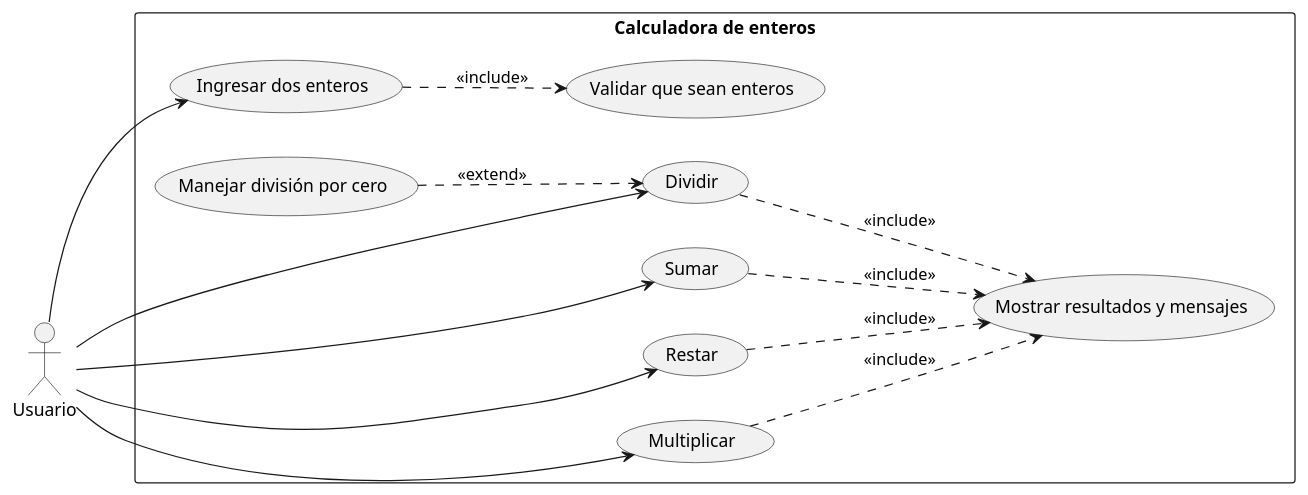
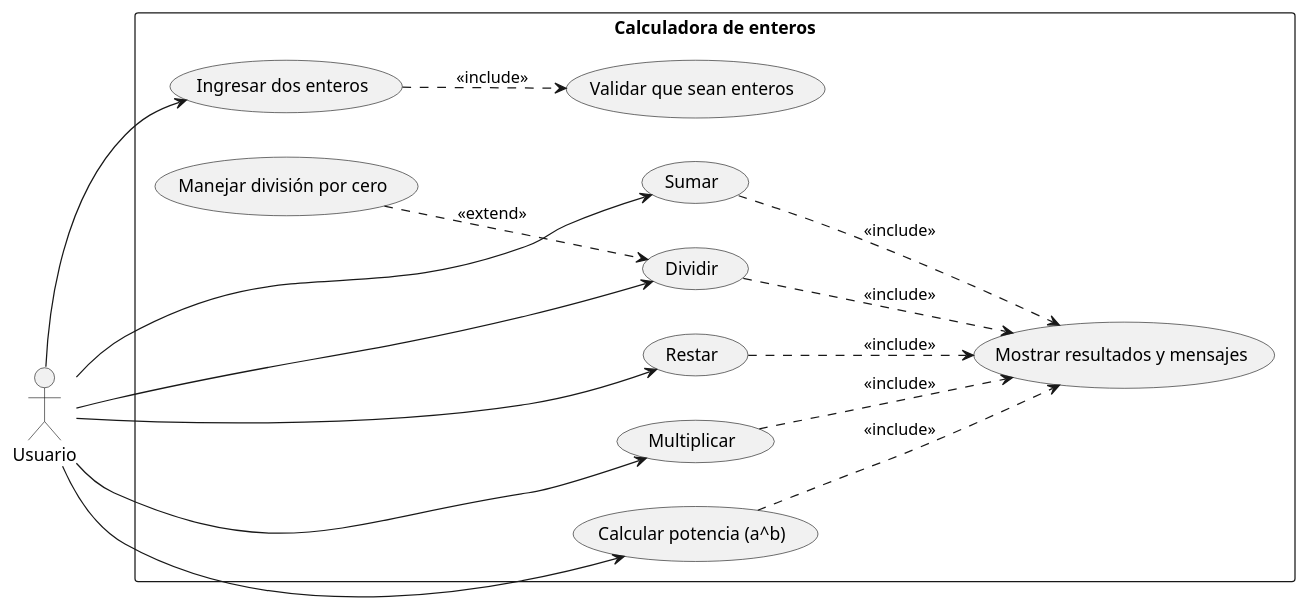
Before and after one commit to pxrd00-67/Estadistica: the diagram in docs/casos_de_uso.puml, drawn with PlantUML. The commit also changed 10 other files, not shown here.

```diff
--- a/docs/casos_de_uso.puml
+++ b/docs/casos_de_uso.puml
@@ -1,25 +1,28 @@
 @startuml
 left to right direction
 actor Usuario as U
 rectangle "Calculadora de enteros" {
   usecase "Ingresar dos enteros" as UC1
   usecase "Validar que sean enteros" as UC8
   usecase "Sumar" as UC2
   usecase "Restar" as UC3
   usecase "Multiplicar" as UC4
   usecase "Dividir" as UC5
+  usecase "Calcular potencia (a^b)" as UC9
   usecase "Manejar división por cero" as UC7
   usecase "Mostrar resultados y mensajes" as UC6
 }
 U --> UC1
 U --> UC2
 U --> UC3
 U --> UC4
 U --> UC5
+U --> UC9
 UC1 ..> UC8 : <<include>>
 UC7 ..> UC5 : <<extend>>
 UC2 ..> UC6 : <<include>>
 UC3 ..> UC6 : <<include>>
 UC4 ..> UC6 : <<include>>
 UC5 ..> UC6 : <<include>>
+UC9 ..> UC6 : <<include>>
 @enduml
```
